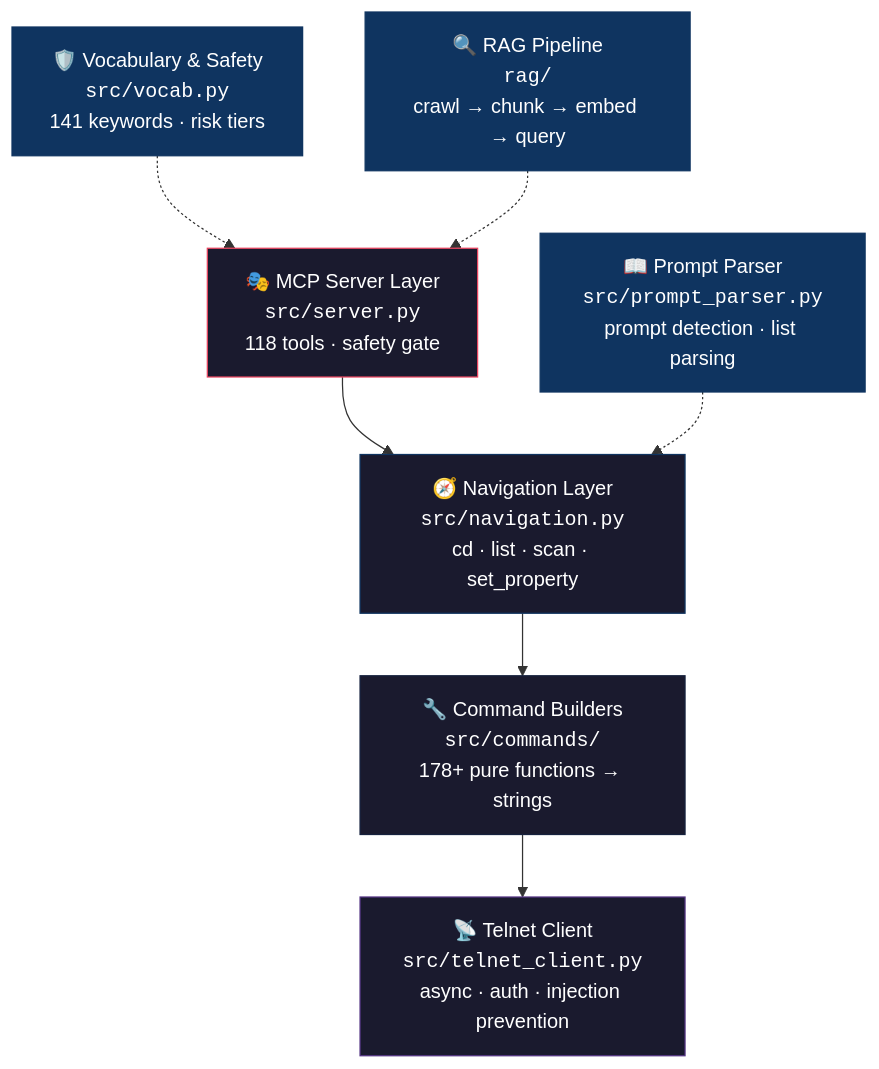
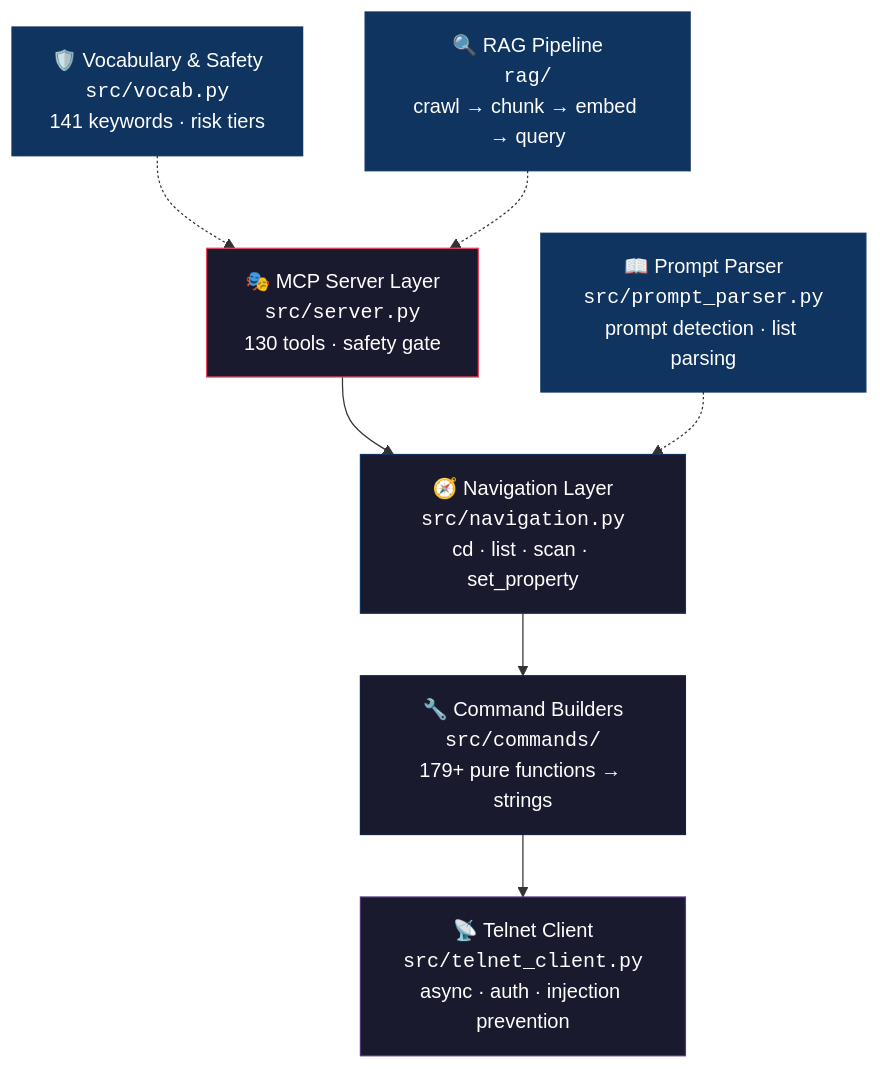
The first of 3 diagrams in README.md (thisis-romar/ma2-onPC-MCP), drawn with Mermaid before and after one commit. The commit also changed other lines of this file and 13 other files, not shown here.

````diff
--- a/README.md
+++ b/README.md
@@ -55,19 +55,19 @@
 ```mermaid
 graph TD
-    A["🎭 MCP Server Layer<br/><code>src/server.py</code><br/>118 tools · safety gate"] --> B
+    A["🎭 MCP Server Layer<br/><code>src/server.py</code><br/>130 tools · safety gate"] --> B
     B["🧭 Navigation Layer<br/><code>src/navigation.py</code><br/>cd · list · scan · set_property"] --> C
-    C["🔧 Command Builders<br/><code>src/commands/</code><br/>178+ pure functions → strings"] --> D
+    C["🔧 Command Builders<br/><code>src/commands/</code><br/>179+ pure functions → strings"] --> D
     D["📡 Telnet Client<br/><code>src/telnet_client.py</code><br/>async · auth · injection prevention"]
 
     E["📖 Prompt Parser<br/><code>src/prompt_parser.py</code><br/>prompt detection · list parsing"] -.-> B
     F["🛡️ Vocabulary & Safety<br/><code>src/vocab.py</code><br/>141 keywords · risk tiers"] -.-> A
     G["🔍 RAG Pipeline<br/><code>rag/</code><br/>crawl → chunk → embed → query"] -.-> A
 
     style A fill:#1a1a2e,stroke:#e94560,color:#fff
     style B fill:#1a1a2e,stroke:#0f3460,color:#fff
     style C fill:#1a1a2e,stroke:#16213e,color:#fff
     style D fill:#1a1a2e,stroke:#533483,color:#fff
     style E fill:#0f3460,stroke:#0f3460,color:#fff
     style F fill:#0f3460,stroke:#0f3460,color:#fff
     style G fill:#0f3460,stroke:#0f3460,color:#fff
 ```
````
